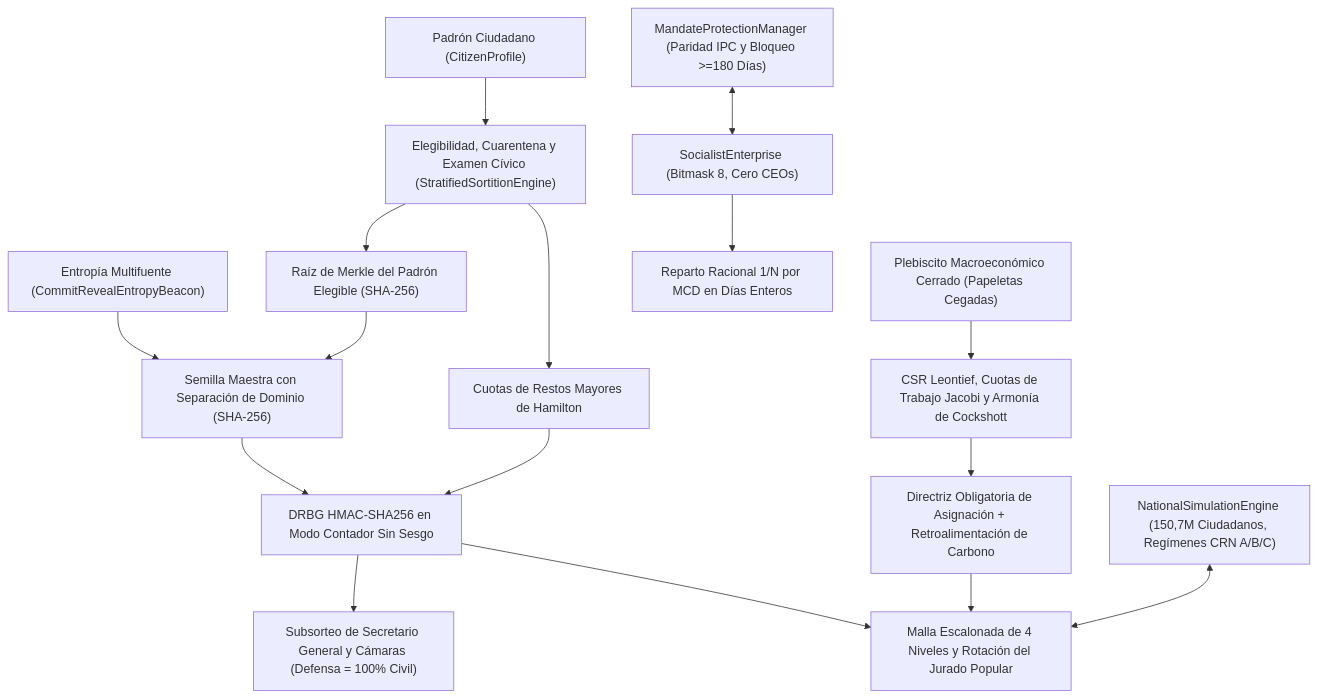
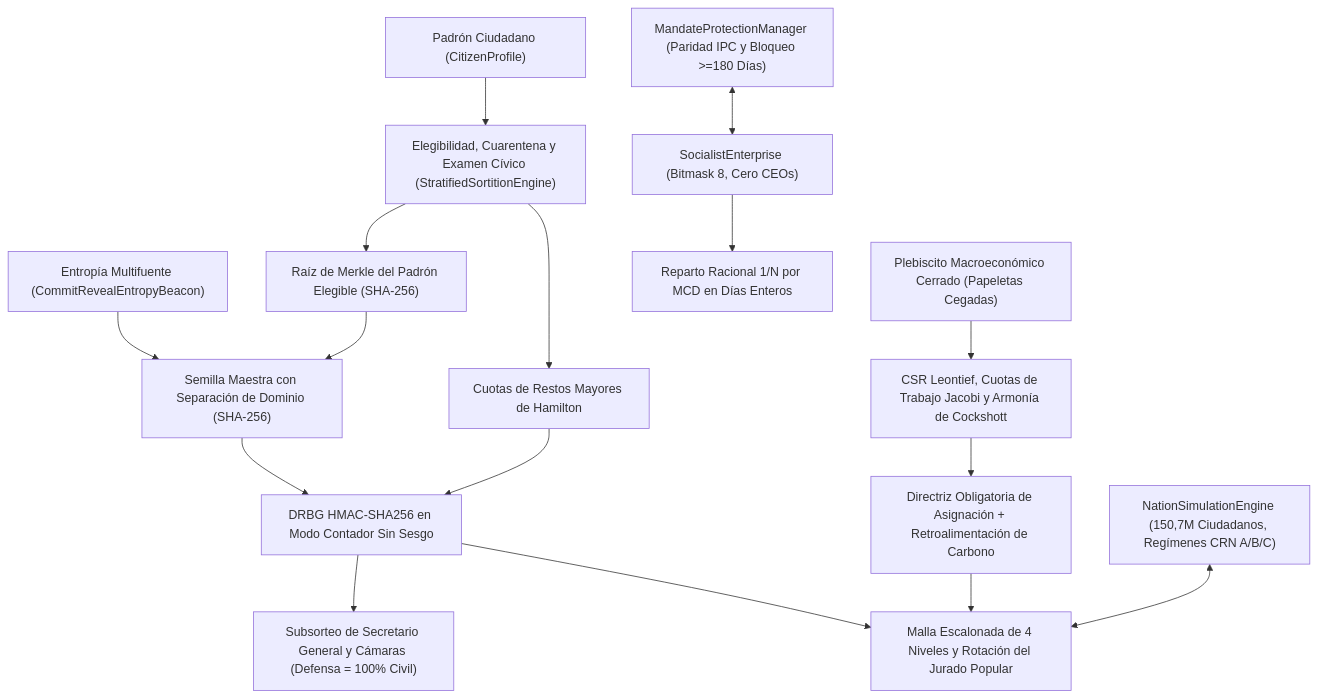
One commit to PJ-Oliveira/cibersoc changed the diagram in docs/es/04_MECANICA_SUBYACENTE_UNDER_THE_HOOD.md. Above: the diagram before and after it, drawn with Mermaid. The commit also changed other lines of this file and 23 other files, not shown here.

````diff
--- a/docs/es/04_MECANICA_SUBYACENTE_UNDER_THE_HOOD.md
+++ b/docs/es/04_MECANICA_SUBYACENTE_UNDER_THE_HOOD.md
@@ -5,18 +5,18 @@
 ```mermaid
 flowchart TD
     Pop["Padrón Ciudadano (CitizenProfile)"] --> Elig["Elegibilidad, Cuarentena y Examen Cívico (StratifiedSortitionEngine)"]
     Beacon["Entropía Multifuente (CommitRevealEntropyBeacon)"] --> Seed["Semilla Maestra con Separación de Dominio (SHA-256)"]
     Elig --> Merkle["Raíz de Merkle del Padrón Elegible (SHA-256)"]
     Merkle --> Seed
     Seed --> DRBG["DRBG HMAC-SHA256 en Modo Contador Sin Sesgo"]
     Elig --> Hamilton["Cuotas de Restos Mayores de Hamilton"]
     Hamilton --> DRBG
     DRBG --> Mesh["Malla Escalonada de 4 Niveles y Rotación del Jurado Popular"]
     DRBG --> Roles["Subsorteo de Secretario General y Cámaras (Defensa = 100% Civil)"]
     Pleb["Plebiscito Macroeconómico Cerrado (Papeletas Cegadas)"] --> CSR["CSR Leontief, Cuotas de Trabajo Jacobi y Armonía de Cockshott"]
     CSR --> Directive["Directriz Obligatoria de Asignación + Retroalimentación de Carbono"]
     Directive --> Mesh
     Ent["SocialistEnterprise (Bitmask 8, Cero CEOs)"] --> GCD["Reparto Racional 1/N por MCD en Días Enteros"]
     Mandate["MandateProtectionManager (Paridad IPC y Bloqueo >=180 Días)"] <--> Ent
-    SEEM["NationalSimulationEngine (150,7M Ciudadanos, Regímenes CRN A/B/C)"] <--> Mesh
+    SEEM["NationSimulationEngine (150,7M Ciudadanos, Regímenes CRN A/B/C)"] <--> Mesh
 ```
````
